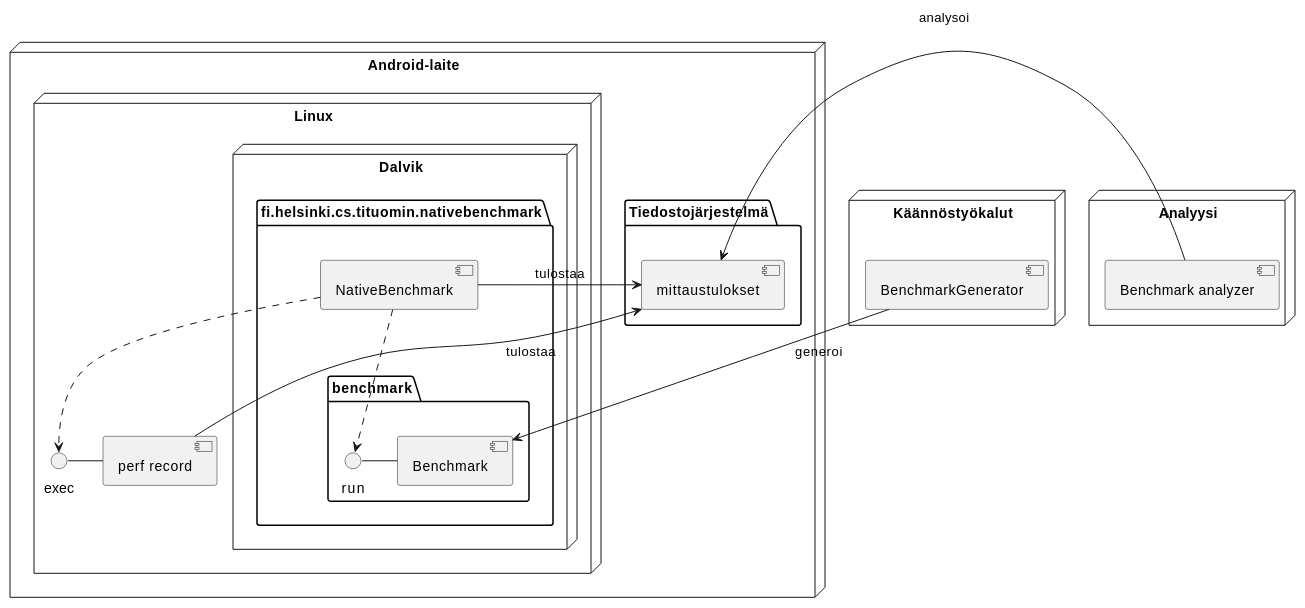
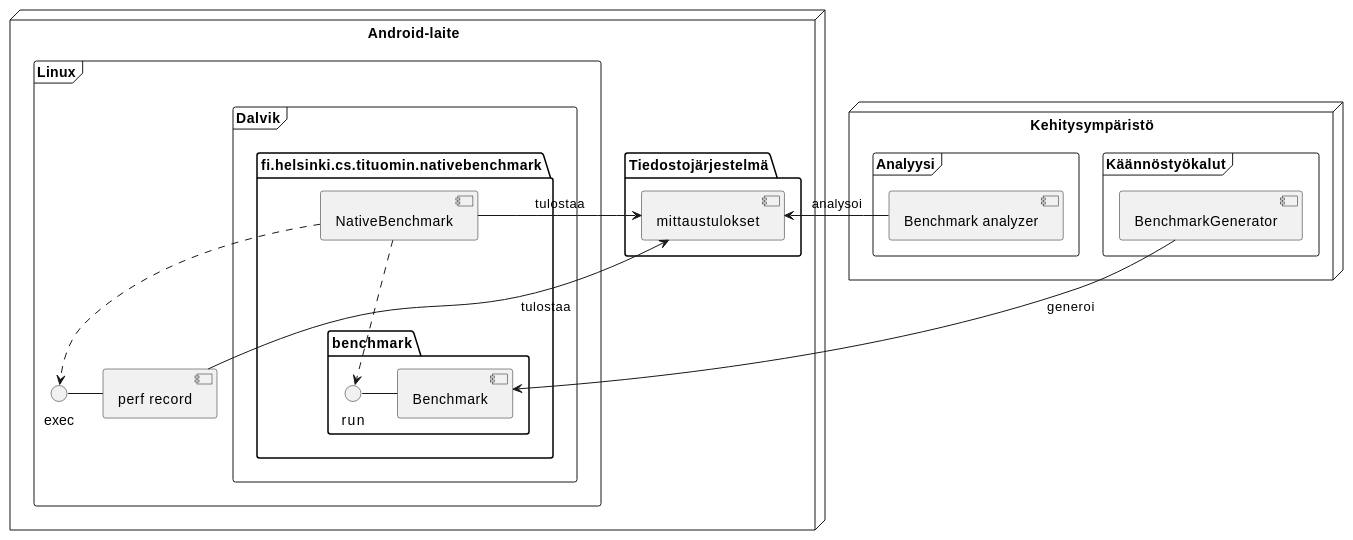
The diagram in paper/src/chapters/measurement-setup.org (tituomin/gradu), drawn with PlantUML before and after one commit.

Commit message:
Tweak architecture diagram.

```diff
--- a/paper/src/chapters/measurement-setup.org
+++ b/paper/src/chapters/measurement-setup.org
@@ -97,31 +97,36 @@
 #+begin_src plantuml :results file :file /tmp/architecture.png :exports results
+
 node "Android-laite" {
   folder "Tiedostojärjestelmä" {
     [mittaustulokset]
   }
-  node "Linux" {
-    node "Dalvik" {
+  frame "Linux" {
+    frame "Dalvik" {
       package "fi.helsinki.cs.tituomin.nativebenchmark" {
         package "benchmark" {
           () run
           [Benchmark]
           [Benchmark] - run
         }
         [NativeBenchmark] ..> run
       }
     }
     [perf record] - exec
     [NativeBenchmark] ..> exec
   }
 }
 
-node "Käännöstyökalut" {
-  [BenchmarkGenerator] --> [Benchmark] : generoi
-}
+node "Kehitysympäristö" {
+
+  frame "Käännöstyökalut" {
+    [BenchmarkGenerator] --> [Benchmark] : generoi
+  }
   [mittaustulokset] <- [perf record] : tulostaa
   [mittaustulokset] <- [NativeBenchmark] : tulostaa
 
-node "Analyysi" {
-  [Benchmark analyzer] -> [mittaustulokset] : analysoi
+  frame "Analyysi" {
+    [Benchmark analyzer] -> [mittaustulokset] :  analysoi
+  }
 }
+
 #+end_src
```
